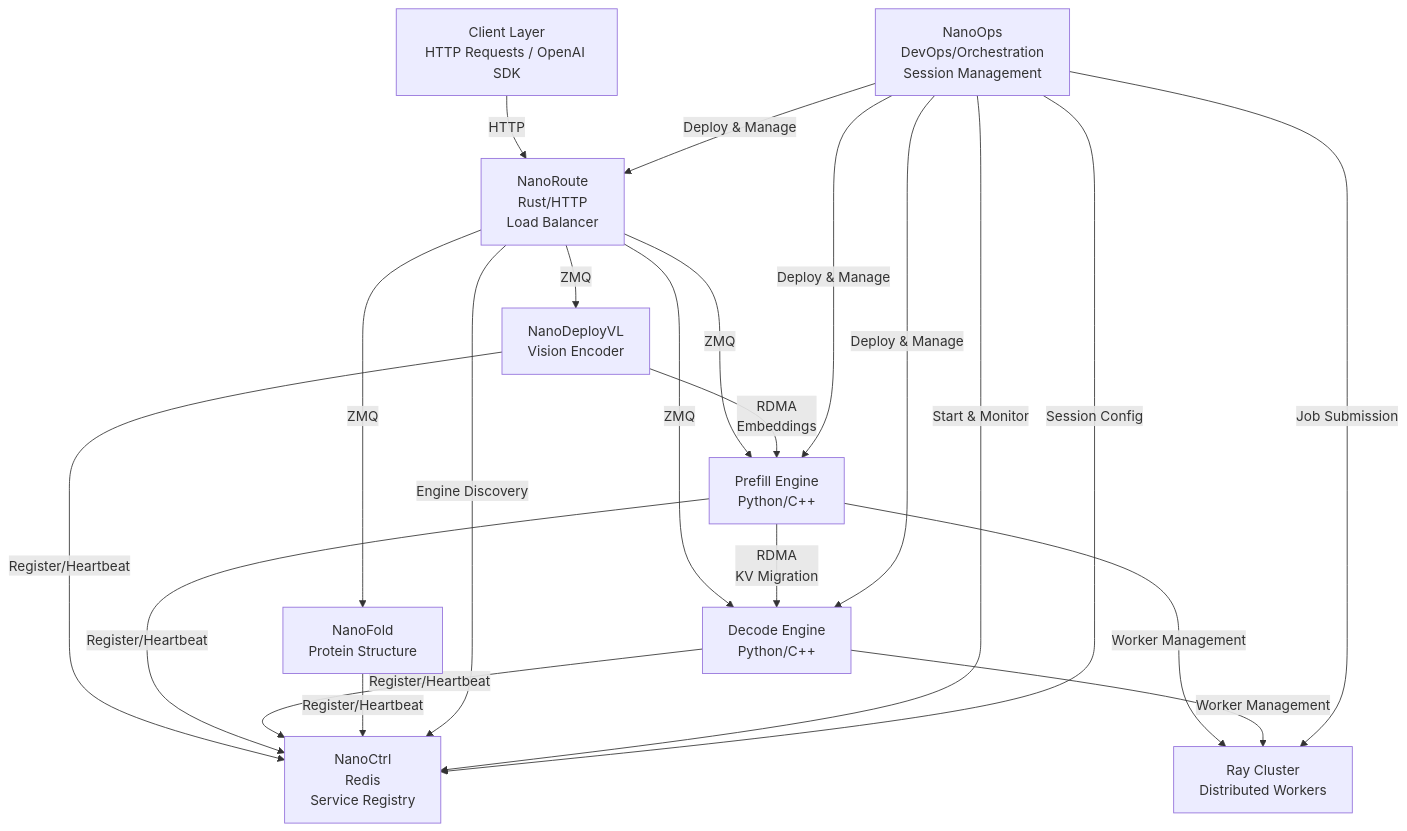
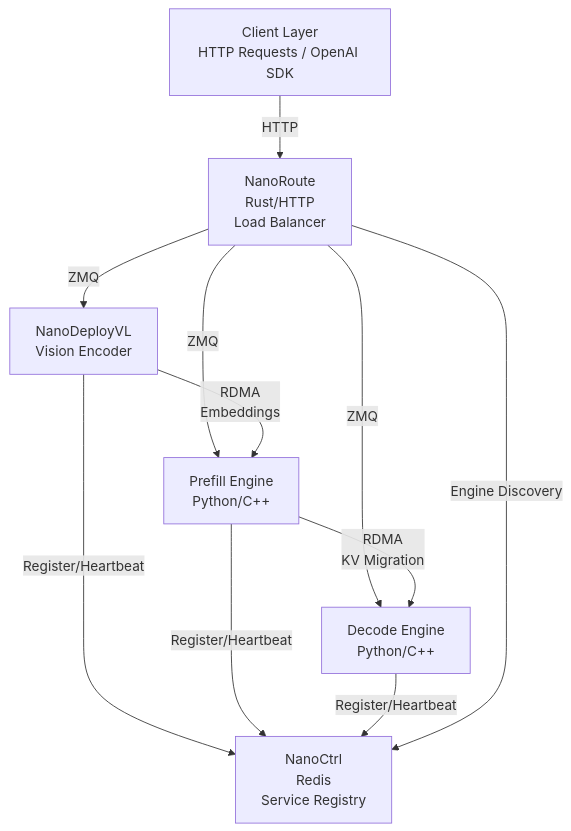
Before and after one commit to nano-infra/NanoEngine: the diagram in README.md, drawn with Mermaid. The commit also changed other lines of this file and 27 other files, not shown here.

````diff
--- a/README.md
+++ b/README.md
@@ -21,33 +20,20 @@
 ```mermaid
 graph TB
     Client[Client Layer<br/>HTTP Requests / OpenAI SDK]
     Route[NanoRoute<br/>Rust/HTTP<br/>Load Balancer]
     VL[NanoDeployVL<br/>Vision Encoder]
     Prefill[Prefill Engine<br/>Python/C++]
     Decode[Decode Engine<br/>Python/C++]
-    Fold[NanoFold<br/>Protein Structure]
     Ctrl[NanoCtrl<br/>Redis<br/>Service Registry]
-    Ray[Ray Cluster<br/>Distributed Workers]
-    Ops[NanoOps<br/>DevOps/Orchestration<br/>Session Management]
 
     Client -->|HTTP| Route
     Route -->|ZMQ| VL
     Route -->|ZMQ| Prefill
     Route -->|ZMQ| Decode
-    Route -->|ZMQ| Fold
     VL -->|RDMA<br/>Embeddings| Prefill
     Prefill -->|RDMA<br/>KV Migration| Decode
     VL -->|Register/Heartbeat| Ctrl
     Prefill -->|Register/Heartbeat| Ctrl
     Decode -->|Register/Heartbeat| Ctrl
-    Fold -->|Register/Heartbeat| Ctrl
     Route -->|Engine Discovery| Ctrl
-    Prefill -->|Worker Management| Ray
-    Decode -->|Worker Management| Ray
-    Ops -->|Deploy & Manage| Route
-    Ops -->|Deploy & Manage| Prefill
-    Ops -->|Deploy & Manage| Decode
-    Ops -->|Start & Monitor| Ctrl
-    Ops -->|Job Submission| Ray
-    Ops -->|Session Config| Ctrl
 ```
````
